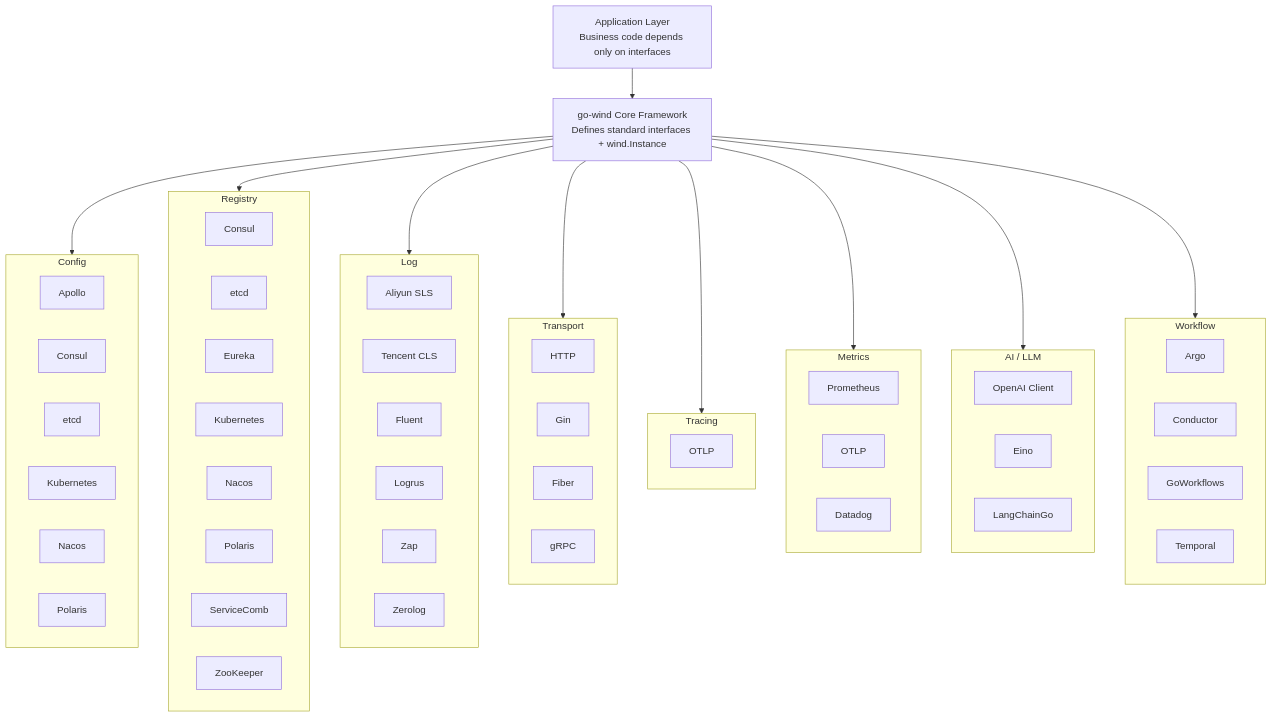
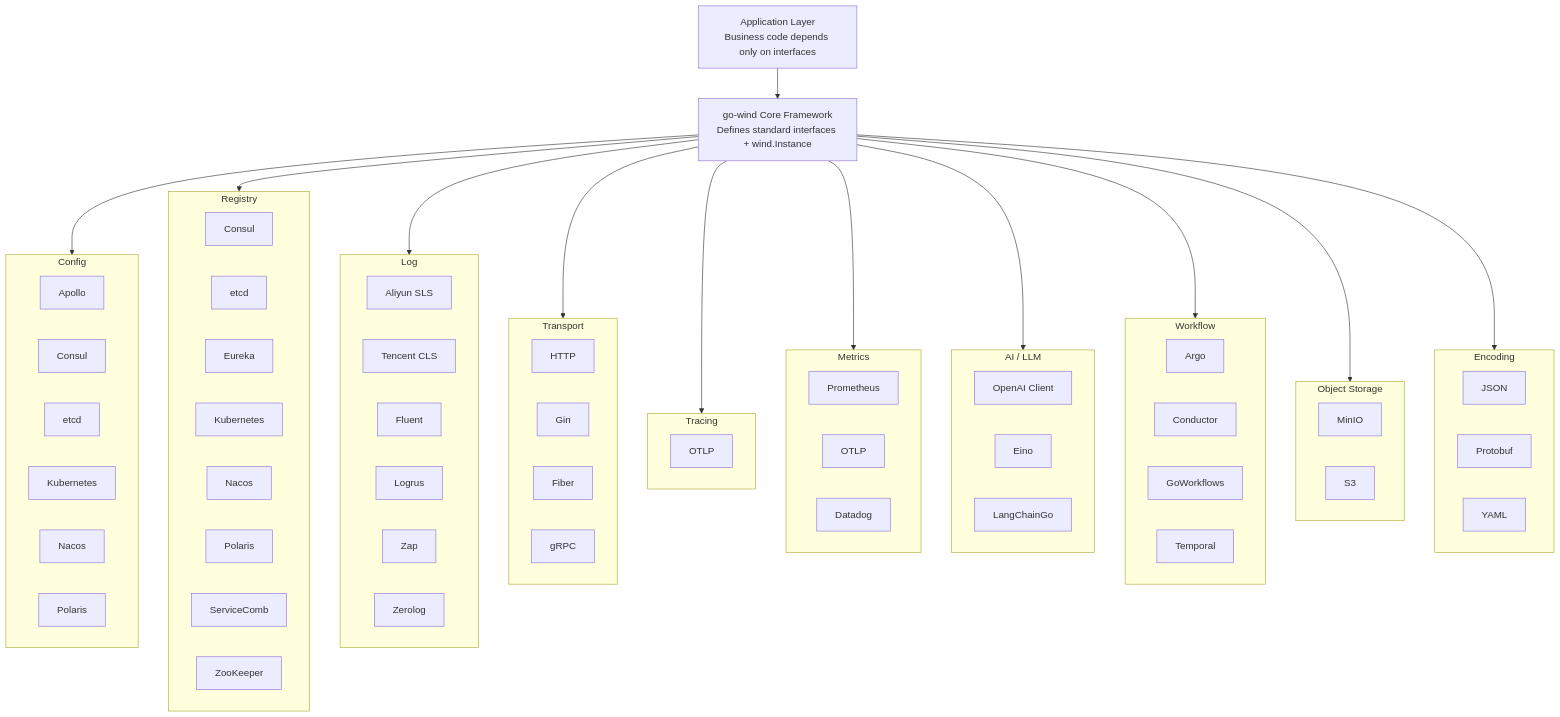
The diagram in README_en.md (kalandramo/go-wind-plugins), drawn with Mermaid before and after one commit. The commit also changed other lines of this file and 123 other files, not shown here.

First line of the commit message:
feat(oss): 添加 MinIO 和 S3 存储客户端实现

````diff
--- a/README_en.md
+++ b/README_en.md
@@ -258,6 +284,11 @@
         WTemporal[Temporal]
     end
 
+    subgraph OSS["Object Storage"]
+        OMinio[MinIO]
+        OS3[S3]
+    end
+
     App --> Core
     Core --> Config
     Core --> Registry
@@ -267,4 +298,12 @@
     Core --> Metrics
     Core --> AI
     Core --> Workflow
+    Core --> OSS
+    Core --> Encoding
+
+    subgraph Encoding["Encoding"]
+        EJSON[JSON]
+        EProto[Protobuf]
+        EYAML[YAML]
+    end
 ```
````
